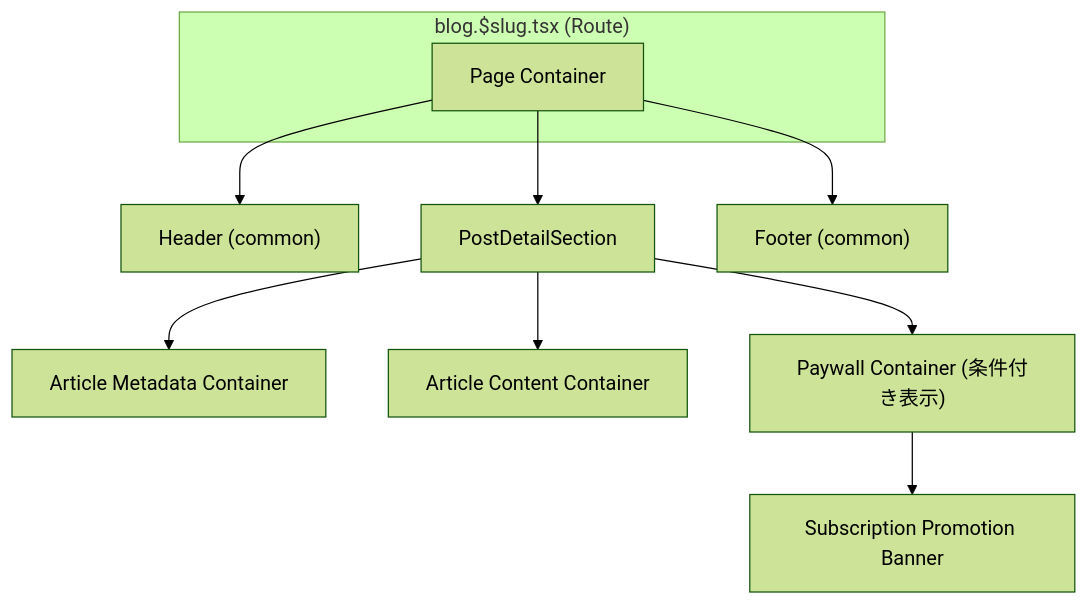
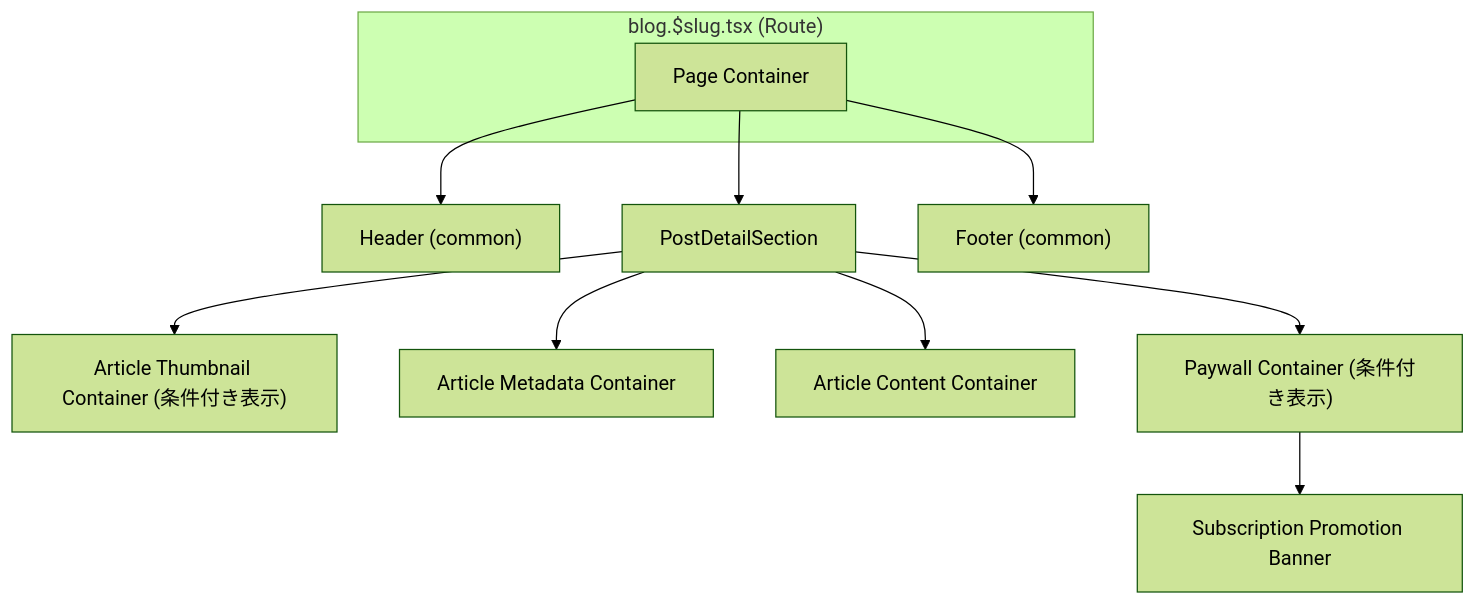
The diagram in develop/blog/post-detail/uiux-spec.md (tezuka-Akihiro/ClaudeMix), drawn with Mermaid (forest theme) before and after one commit. The commit also changed other lines of this file and 27 other files, not shown here.

````diff
--- a/develop/blog/post-detail/uiux-spec.md
+++ b/develop/blog/post-detail/uiux-spec.md
@@ -88,16 +88,17 @@
 ```mermaid
 graph TD
     subgraph Route["blog.$slug.tsx (Route)"]
         Page["Page Container"]
     end
 
     Page --> Header["Header (common)"]
     Page --> Section["PostDetailSection"]
     Page --> Footer["Footer (common)"]
 
+    Section --> ThumbArea["Article Thumbnail Container (条件付き表示)"]
     Section --> MetaArea["Article Metadata Container"]
     Section --> ContentArea["Article Content Container"]
     Section --> PaywallArea["Paywall Container (条件付き表示)"]
 
     PaywallArea --> PromotionBanner["Subscription Promotion Banner"]
 ```
````
